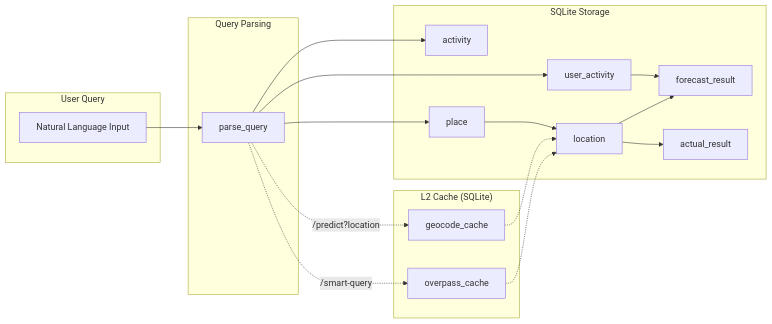
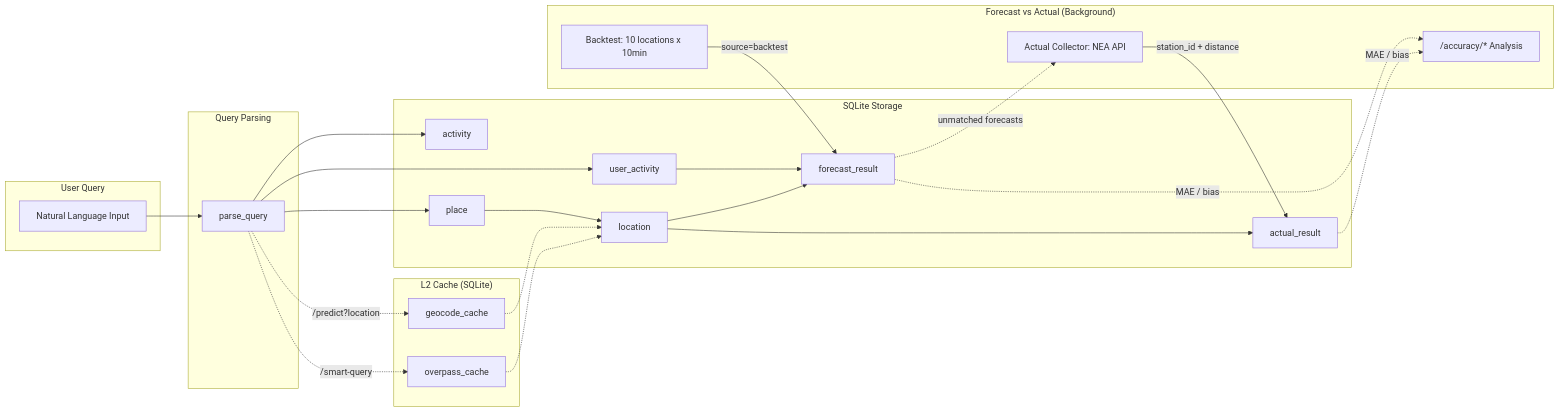
One commit to goantigravity-bot/singapore-weather-ai changed the second of 2 diagrams in docs/data-storage-er-diagram.md. Above: the diagram before and after it, drawn with Mermaid. The commit also changed other lines of this file and 1 other file, not shown here.

Commit message:
docs: update ER diagram with closed-loop columns (source, station_id, match_distance_km)

````diff
--- a/docs/data-storage-er-diagram.md
+++ b/docs/data-storage-er-diagram.md
@@ -122,37 +126,48 @@
 ```mermaid
 flowchart LR
     subgraph UserQuery["User Query"]
         Q["Natural Language Input"]
     end
 
     subgraph Parsing["Query Parsing"]
         P["parse_query"]
     end
 
     subgraph Storage["SQLite Storage"]
         UA["user_activity"]
         ACT["activity"]
         PL["place"]
         LOC["location"]
         FR["forecast_result"]
         AR["actual_result"]
     end
 
     Q --> P
     P --> UA
     P --> ACT
     P --> PL --> LOC
     UA --> FR
     LOC --> FR
     LOC --> AR
 
     subgraph CacheLayer["L2 Cache (SQLite)"]
         GC["geocode_cache"]
         OC["overpass_cache"]
     end
 
     P -.->|"/predict?location"| GC
     P -.->|"/smart-query"| OC
     GC -.-> LOC
     OC -.-> LOC
+
+    subgraph ClosedLoop["Forecast vs Actual (Background)"]
+        BT["Backtest: 10 locations x 10min"]
+        AC["Actual Collector: NEA API"]
+        AA["/accuracy/* Analysis"]
+    end
+
+    BT -->|"source=backtest"| FR
+    AC -->|"station_id + distance"| AR
+    FR -.->|"unmatched forecasts"| AC
+    FR & AR -.->|"MAE / bias"| AA
 ```
````
